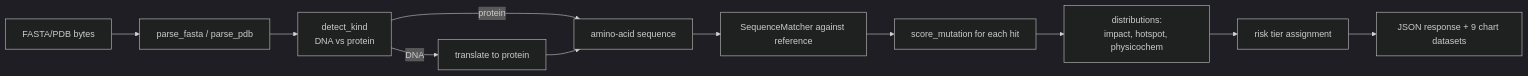
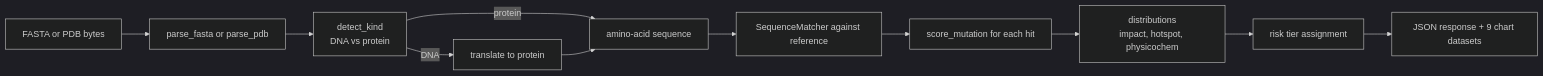
The second of 5 diagrams in README.md (Blinchikee0/GermoVision_AI_forecast), drawn with Mermaid (dark theme) before and after one commit. The commit also changed other lines of this file, not shown here.

Commit message:
readme: fix katex braces, mermaid nodes, switch to white logo

````diff
--- a/README.md
+++ b/README.md
@@ -84,13 +84,13 @@
 ```mermaid
 flowchart LR
-    raw[FASTA/PDB bytes] --> parser[parse_fasta / parse_pdb]
-    parser --> kind[detect_kind\nDNA vs protein]
-    kind -->|DNA| tr[translate to protein]
-    kind -->|protein| aa[amino-acid sequence]
+    raw["FASTA or PDB bytes"] --> parser["parse_fasta or parse_pdb"]
+    parser --> kind["detect_kind<br/>DNA vs protein"]
+    kind -->|DNA| tr["translate to protein"]
+    kind -->|protein| aa["amino-acid sequence"]
     tr --> aa
-    aa --> align[SequenceMatcher against reference]
-    align --> score[score_mutation for each hit]
-    score --> stats[distributions:\nimpact, hotspot, physicochem]
-    stats --> tier[risk tier assignment]
-    tier --> out[JSON response + 9 chart datasets]
+    aa --> align["SequenceMatcher against reference"]
+    align --> score["score_mutation for each hit"]
+    score --> stats["distributions<br/>impact, hotspot, physicochem"]
+    stats --> tier["risk tier assignment"]
+    tier --> out["JSON response + 9 chart datasets"]
 ```
````
